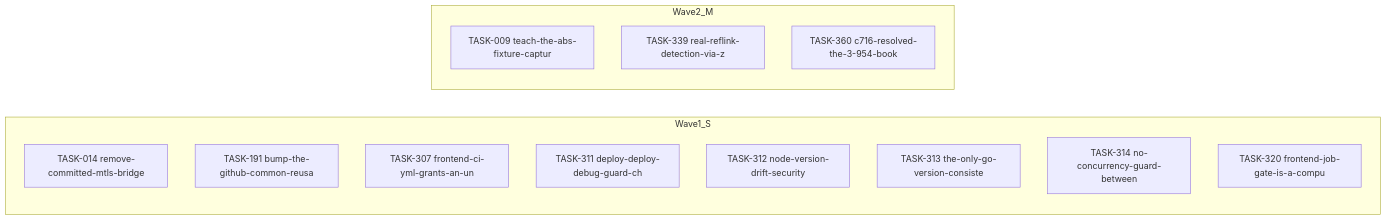
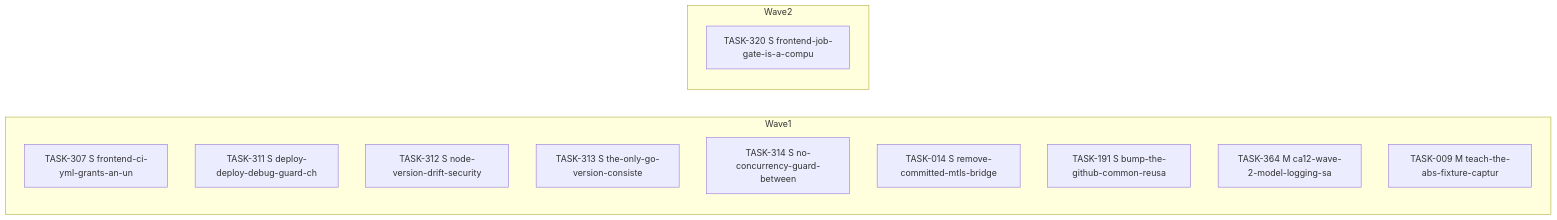
The diagram in docs/agent-tasks/todo-completion-2026-09/ci-tooling/orchestration.md (falkcorp/audiobook-organizer), drawn with Mermaid before and after one commit. The commit also changed other lines of this file and 270 other files, not shown here.

````diff
--- a/docs/agent-tasks/todo-completion-2026-09/ci-tooling/orchestration.md
+++ b/docs/agent-tasks/todo-completion-2026-09/ci-tooling/orchestration.md
@@ -10,18 +10,17 @@
 ```mermaid
 flowchart LR
-    subgraph Wave1_S
-      TASK014[TASK-014 remove-committed-mtls-bridge]
-      TASK191[TASK-191 bump-the-github-common-reusa]
-      TASK307[TASK-307 frontend-ci-yml-grants-an-un]
-      TASK311[TASK-311 deploy-deploy-debug-guard-ch]
-      TASK312[TASK-312 node-version-drift-security]
-      TASK313[TASK-313 the-only-go-version-consiste]
-      TASK314[TASK-314 no-concurrency-guard-between]
-      TASK320[TASK-320 frontend-job-gate-is-a-compu]
+    subgraph Wave1
+      TASK307[TASK-307 S frontend-ci-yml-grants-an-un]
+      TASK311[TASK-311 S deploy-deploy-debug-guard-ch]
+      TASK312[TASK-312 S node-version-drift-security]
+      TASK313[TASK-313 S the-only-go-version-consiste]
+      TASK314[TASK-314 S no-concurrency-guard-between]
+      TASK014[TASK-014 S remove-committed-mtls-bridge]
+      TASK191[TASK-191 S bump-the-github-common-reusa]
+      TASK364[TASK-364 M ca12-wave-2-model-logging-sa]
+      TASK009[TASK-009 M teach-the-abs-fixture-captur]
     end
-    subgraph Wave2_M
-      TASK009[TASK-009 teach-the-abs-fixture-captur]
-      TASK339[TASK-339 real-reflink-detection-via-z]
-      TASK360[TASK-360 c716-resolved-the-3-954-book]
+    subgraph Wave2
+      TASK320[TASK-320 S frontend-job-gate-is-a-compu]
     end
 ```
````
